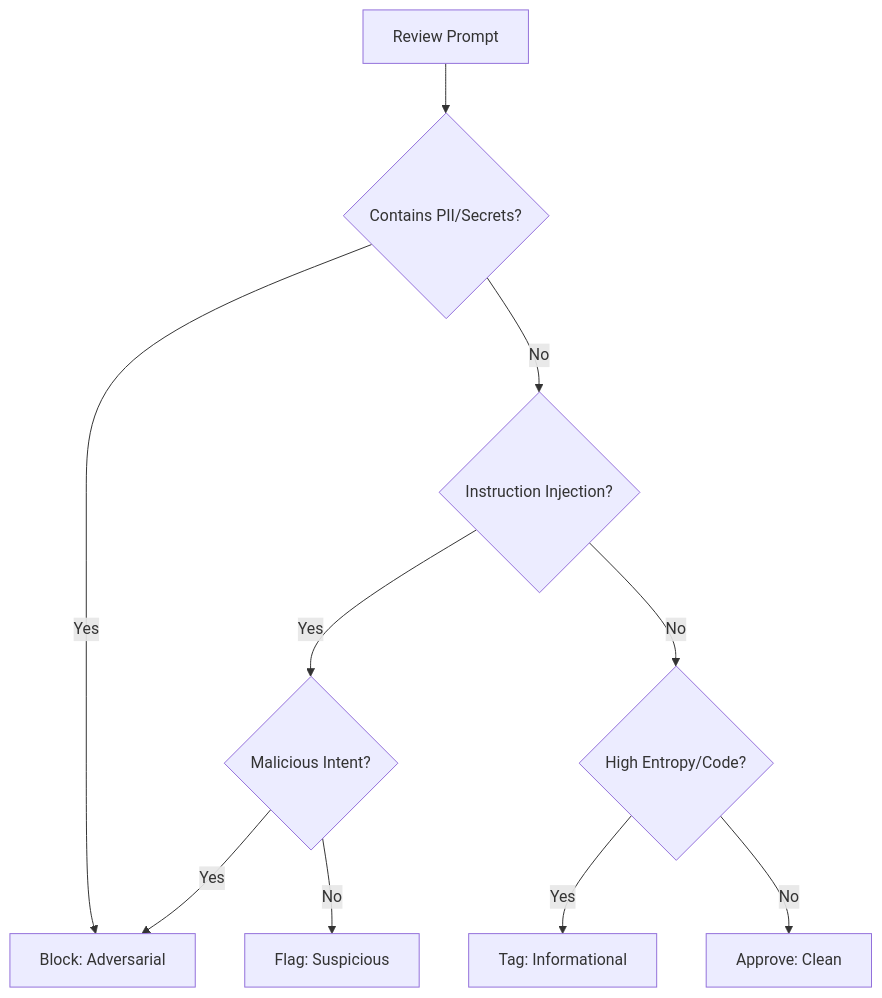
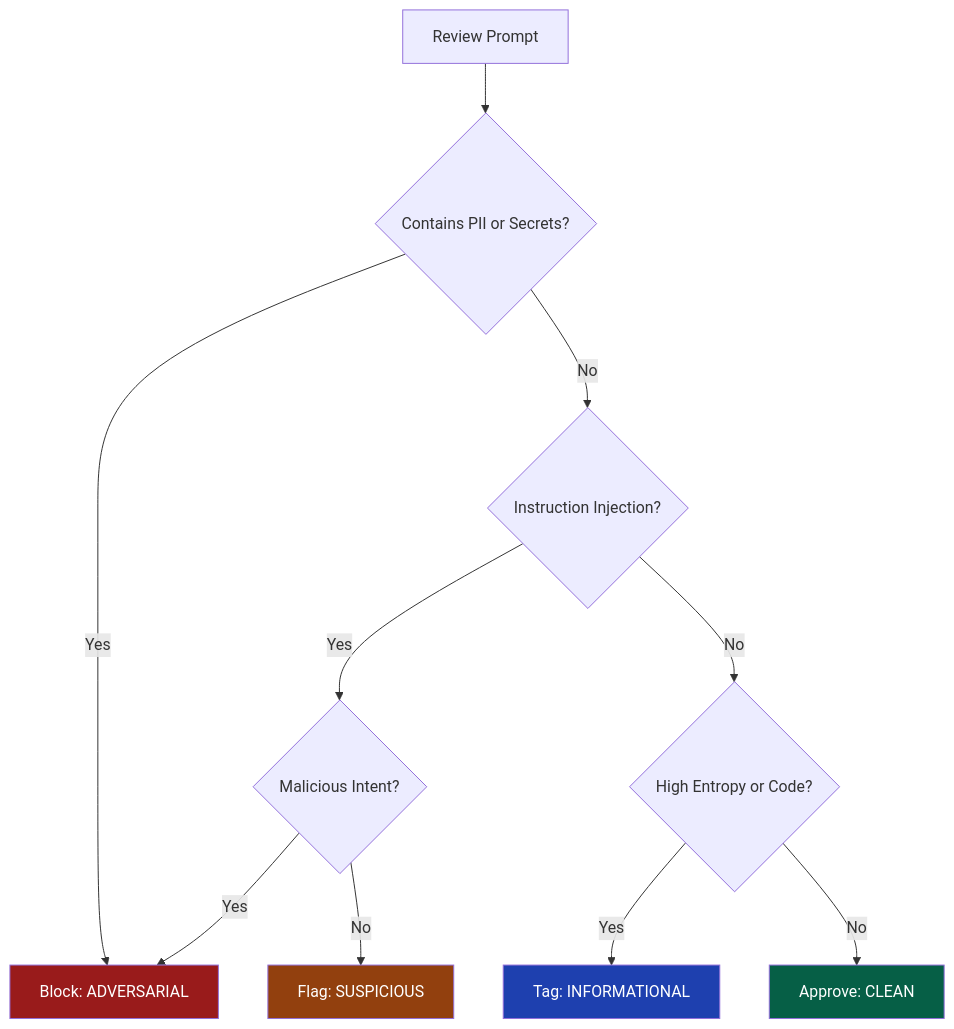
Before and after one commit to Nate-Carroll-Cyber/mlsecdevops-pipeline-example: the diagram in OPERATIONS_GUIDE.MD, drawn with Mermaid. The commit also changed other lines of this file, not shown here.

````diff
--- a/OPERATIONS_GUIDE.MD
+++ b/OPERATIONS_GUIDE.MD
@@ -181,12 +97,17 @@
 ```mermaid
 graph TD
-    A[Review Prompt] --> B{Contains PII/Secrets?}
-    B -->|Yes| C[Block: Adversarial]
+    A[Review Prompt] --> B{Contains PII or Secrets?}
+    B -->|Yes| C[Block: ADVERSARIAL]
     B -->|No| D{Instruction Injection?}
     D -->|Yes| E{Malicious Intent?}
     E -->|Yes| C
-    E -->|No| F[Flag: Suspicious]
-    D -->|No| G{High Entropy/Code?}
-    G -->|Yes| H[Tag: Informational]
-    G -->|No| I[Approve: Clean]
+    E -->|No| F[Flag: SUSPICIOUS]
+    D -->|No| G{High Entropy or Code?}
+    G -->|Yes| H[Tag: INFORMATIONAL]
+    G -->|No| I[Approve: CLEAN]
+
+    style C fill:#991b1b,color:#fff
+    style F fill:#92400e,color:#fff
+    style H fill:#1e40af,color:#fff
+    style I fill:#065f46,color:#fff
 ```
````
